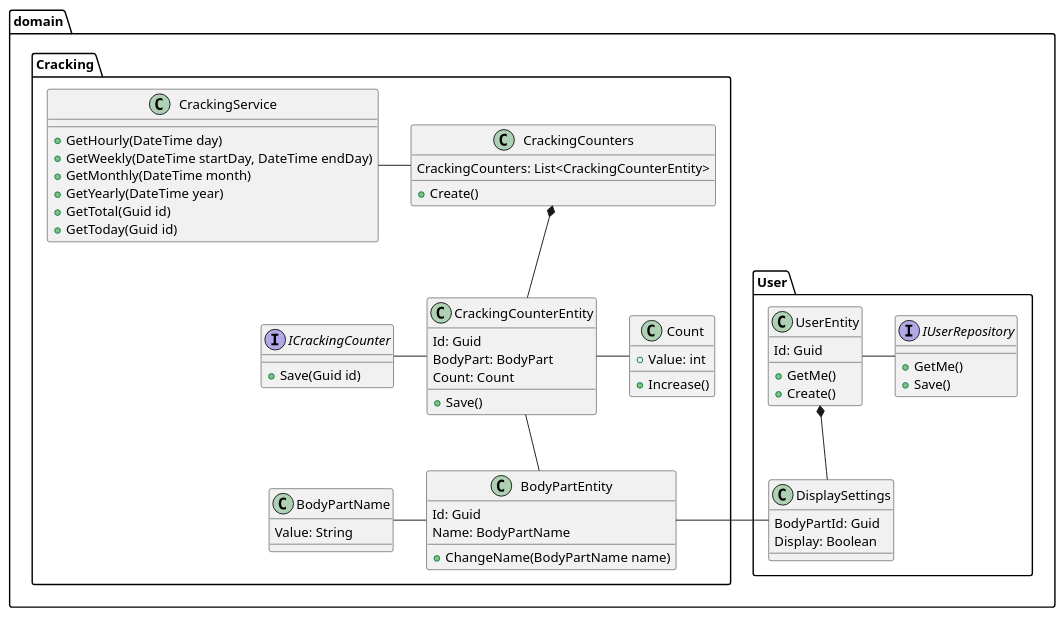
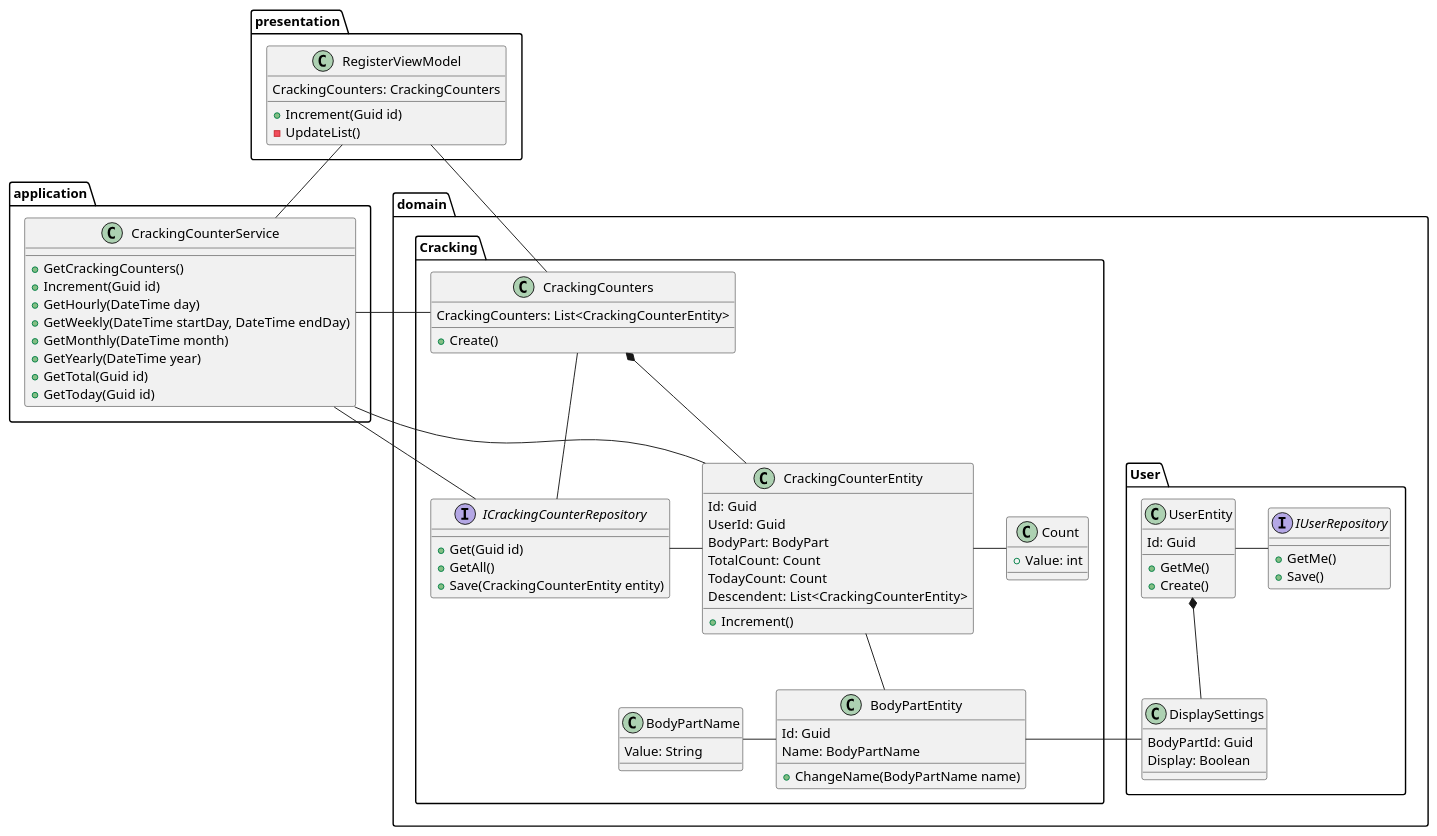
The diagram in 06_class/class.wsd (k2491p/cracking_counter_doc), drawn with PlantUML before and after one commit.

Commit message:
update class
RegisterVIewModelを追加に合わせて見直し

```diff
--- a/06_class/class.wsd
+++ b/06_class/class.wsd
@@ -1,71 +1,92 @@
 @startuml hoge
 
 package domain {
     package User {
         class UserEntity {
             Id: Guid
             +GetMe()
             +Create()
         }
 
         interface IUserRepository {
             +GetMe()
             +Save()
         }
 
         class DisplaySettings {
             BodyPartId: Guid
             Display: Boolean
         }
     }
 
     package Cracking {
         class BodyPartEntity {
             Id: Guid
             Name: BodyPartName
             +ChangeName(BodyPartName name)
         }
         class BodyPartName {
             Value: String
         }
         class Count {
             +Value: int
-            +Increase()
         }
         class CrackingCounterEntity {
             Id: Guid
+            UserId: Guid
             BodyPart: BodyPart
-            Count: Count
-            +Save()
+            TotalCount: Count
+            TodayCount: Count
+            Descendent:  List<CrackingCounterEntity>
+            +Increment()
         }
         class CrackingCounters {
             CrackingCounters: List<CrackingCounterEntity>
             +Create()
         }
-        interface ICrackingCounter {
-            +Save(Guid id)
+        interface ICrackingCounterRepository {
+            +Get(Guid id)
+            +GetAll()
+            +Save(CrackingCounterEntity entity)
         }
-        class CrackingService {
+    }
+    
+}
+
+package application {
+    class CrackingCounterService {
+            +GetCrackingCounters()
+            +Increment(Guid id)
             +GetHourly(DateTime day)
             +GetWeekly(DateTime startDay, DateTime endDay)
             +GetMonthly(DateTime month)
             +GetYearly(DateTime year)
             +GetTotal(Guid id)
             +GetToday(Guid id)
         }
+}
+
+package presentation {
+    class RegisterViewModel {
+        CrackingCounters: CrackingCounters
+        +Increment(Guid id)
+        -UpdateList()
     }
-    
 }
 
 UserEntity *-- DisplaySettings
 UserEntity - IUserRepository
 BodyPartEntity - DisplaySettings
 BodyPartName - BodyPartEntity
 CrackingCounterEntity - Count
 CrackingCounters *-- CrackingCounterEntity
 CrackingCounterEntity -- BodyPartEntity
-ICrackingCounter - CrackingCounterEntity
-CrackingService - CrackingCounters
-
+ICrackingCounterRepository - CrackingCounterEntity
+CrackingCounterService - CrackingCounters
+RegisterViewModel -- CrackingCounters
+RegisterViewModel -- CrackingCounterService
+CrackingCounterService -- ICrackingCounterRepository
+CrackingCounters -- ICrackingCounterRepository
+CrackingCounterService -- CrackingCounterEntity
 
 @enduml
```
